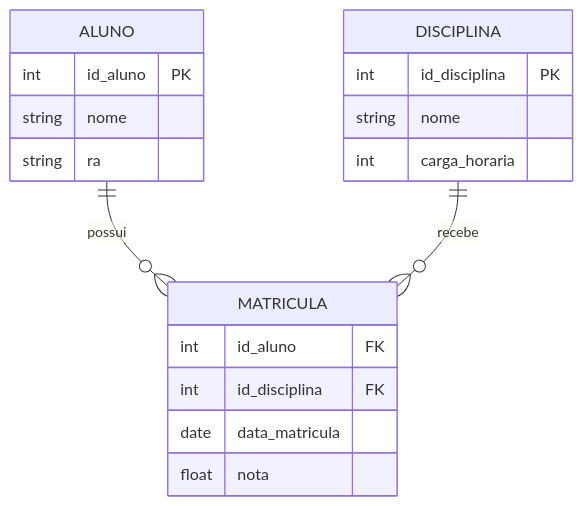
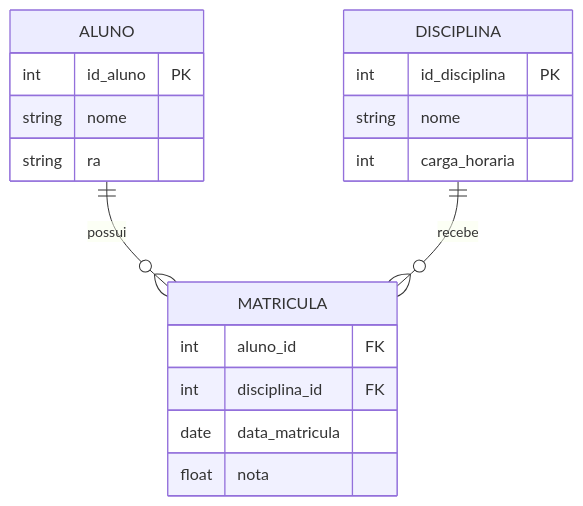
The third of 4 diagrams in aulas/Aula_04_Modelo_Logico_Relacional.md (GTI-Fatec-Jahu/Banco_Dados_Aplicacoes-GTI), drawn with Mermaid before and after one commit. The commit also changed other lines of this file and 4 other files, not shown here.

````diff
--- a/aulas/Aula_04_Modelo_Logico_Relacional.md
+++ b/aulas/Aula_04_Modelo_Logico_Relacional.md
@@ -104,21 +102,21 @@
 ```mermaid
 erDiagram
     ALUNO ||--o{ MATRICULA : "possui"
     DISCIPLINA ||--o{ MATRICULA : "recebe"
     ALUNO {
         int id_aluno PK
         string nome
         string ra
     }
     MATRICULA {
-        int id_aluno FK
-        int id_disciplina FK
+        int aluno_id FK
+        int disciplina_id FK
         date data_matricula
         float nota
     }
     DISCIPLINA {
         int id_disciplina PK
         string nome
         int carga_horaria
     }
 ```
````
